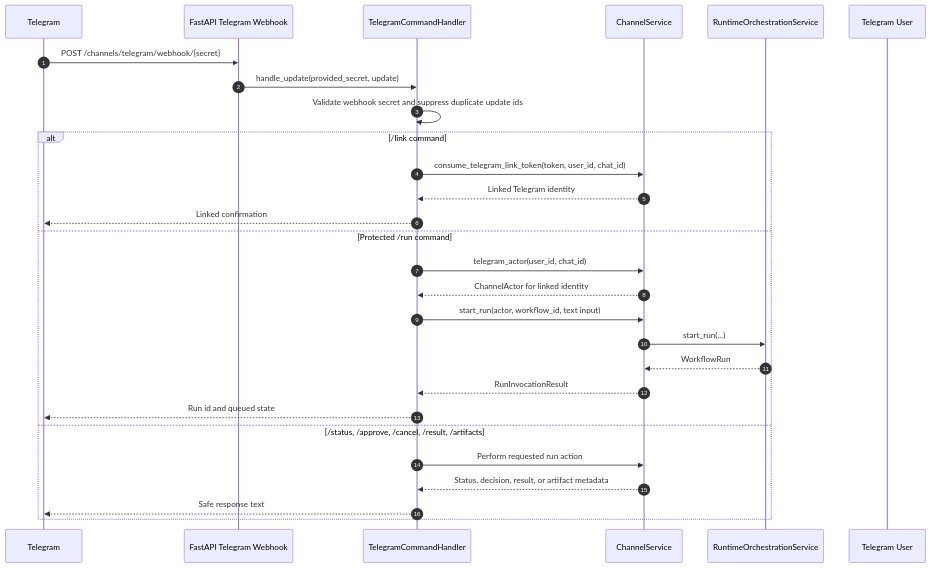
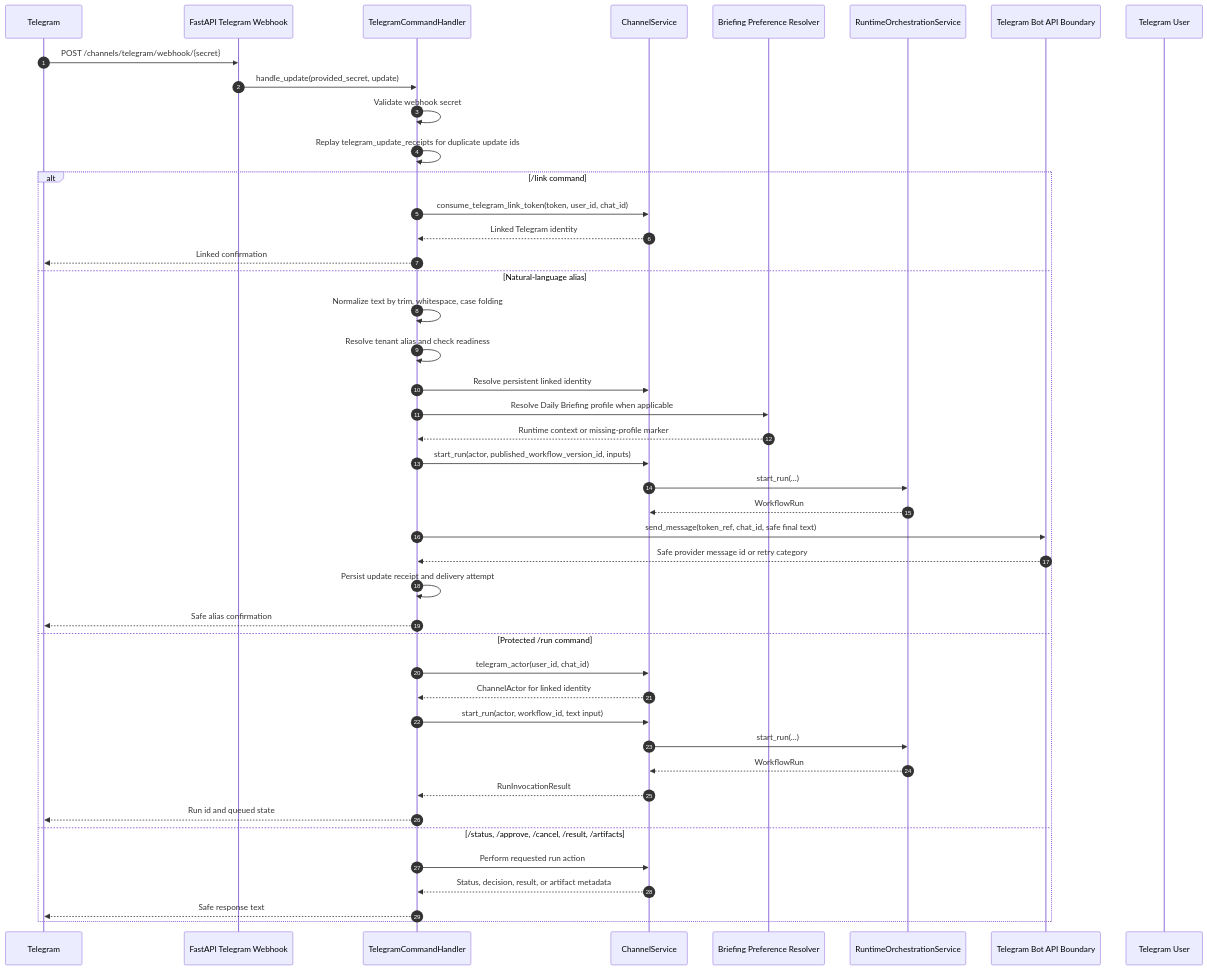
One commit to scott5252/multi-agent changed diagram 27 of 35 in system_architecture.md. Above: the diagram before and after it, drawn with Mermaid. The commit also changed other lines of this file and 6 other files, not shown here.

````diff
--- a/system_architecture.md
+++ b/system_architecture.md
@@ -1465,31 +1763,47 @@
 ```mermaid
 sequenceDiagram
     autonumber
     participant Telegram as Telegram
     participant API as FastAPI Telegram Webhook
     participant Handler as TelegramCommandHandler
     participant Channel as ChannelService
+    participant Prefs as Briefing Preference Resolver
     participant Runtime as RuntimeOrchestrationService
+    participant Bot as Telegram Bot API Boundary
     participant User as Telegram User
 
     Telegram->>API: POST /channels/telegram/webhook/{secret}
     API->>Handler: handle_update(provided_secret, update)
-    Handler->>Handler: Validate webhook secret and suppress duplicate update ids
+    Handler->>Handler: Validate webhook secret
+    Handler->>Handler: Replay telegram_update_receipts for duplicate update ids
     alt /link command
         Handler->>Channel: consume_telegram_link_token(token, user_id, chat_id)
         Channel-->>Handler: Linked Telegram identity
         Handler-->>Telegram: Linked confirmation
+    else Natural-language alias
+        Handler->>Handler: Normalize text by trim, whitespace, case folding
+        Handler->>Handler: Resolve tenant alias and check readiness
+        Handler->>Channel: Resolve persistent linked identity
+        Handler->>Prefs: Resolve Daily Briefing profile when applicable
+        Prefs-->>Handler: Runtime context or missing-profile marker
+        Handler->>Channel: start_run(actor, published_workflow_version_id, inputs)
+        Channel->>Runtime: start_run(...)
+        Runtime-->>Channel: WorkflowRun
+        Handler->>Bot: send_message(token_ref, chat_id, safe final text)
+        Bot-->>Handler: Safe provider message id or retry category
+        Handler->>Handler: Persist update receipt and delivery attempt
+        Handler-->>Telegram: Safe alias confirmation
     else Protected /run command
         Handler->>Channel: telegram_actor(user_id, chat_id)
         Channel-->>Handler: ChannelActor for linked identity
         Handler->>Channel: start_run(actor, workflow_id, text input)
         Channel->>Runtime: start_run(...)
         Runtime-->>Channel: WorkflowRun
         Channel-->>Handler: RunInvocationResult
         Handler-->>Telegram: Run id and queued state
     else /status, /approve, /cancel, /result, /artifacts
         Handler->>Channel: Perform requested run action
         Channel-->>Handler: Status, decision, result, or artifact metadata
         Handler-->>Telegram: Safe response text
     end
 ```
````
